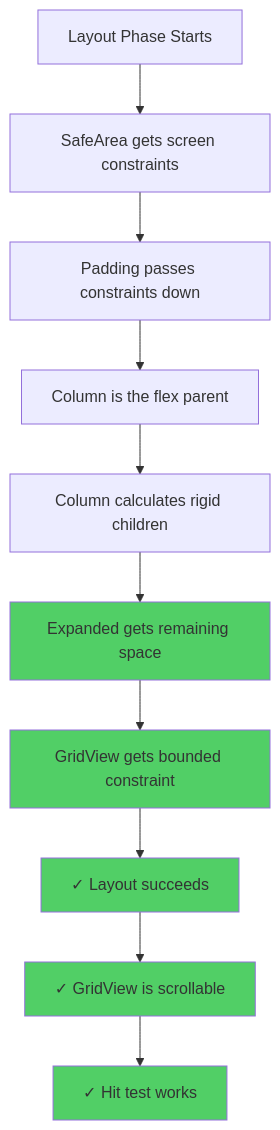
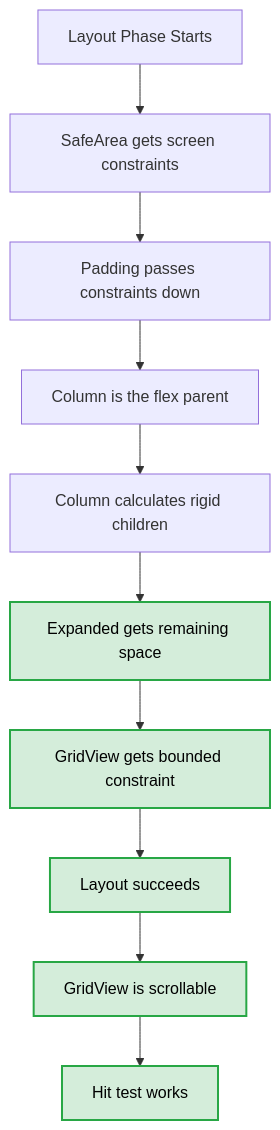
The sixth of 6 diagrams in lib/Views/exercices/01-layout-comparison-analysis.md (hrhouma1/flutter-recette-app-october-2025-v3), drawn with Mermaid before and after one commit. The commit also changed other lines of this file and 3 other files, not shown here.

````diff
--- a/lib/Views/exercices/01-layout-comparison-analysis.md
+++ b/lib/Views/exercices/01-layout-comparison-analysis.md
@@ -213,18 +218,19 @@
 ```mermaid
+%%{init: {'theme':'default', 'themeVariables': { 'primaryColor':'#e8f4f8','primaryTextColor':'#000','primaryBorderColor':'#0066cc','lineColor':'#333'}}}%%
 flowchart TD
     A[Layout Phase Starts] --> B[SafeArea gets screen constraints]
     B --> C[Padding passes constraints down]
     C --> D[Column is the flex parent]
     D --> E[Column calculates rigid children]
     E --> F[Expanded gets remaining space]
     F --> G[GridView gets bounded constraint]
-    G --> H[✓ Layout succeeds]
-    H --> I[✓ GridView is scrollable]
-    I --> J[✓ Hit test works]
+    G --> H[Layout succeeds]
+    H --> I[GridView is scrollable]
+    I --> J[Hit test works]
     
-    style F fill:#51cf66
-    style G fill:#51cf66
-    style H fill:#51cf66
-    style I fill:#51cf66
-    style J fill:#51cf66
+    style F fill:#d4edda,stroke:#28a745,stroke-width:2px,color:#000
+    style G fill:#d4edda,stroke:#28a745,stroke-width:2px,color:#000
+    style H fill:#d4edda,stroke:#28a745,stroke-width:2px,color:#000
+    style I fill:#d4edda,stroke:#28a745,stroke-width:2px,color:#000
+    style J fill:#d4edda,stroke:#28a745,stroke-width:2px,color:#000
 ```
````
